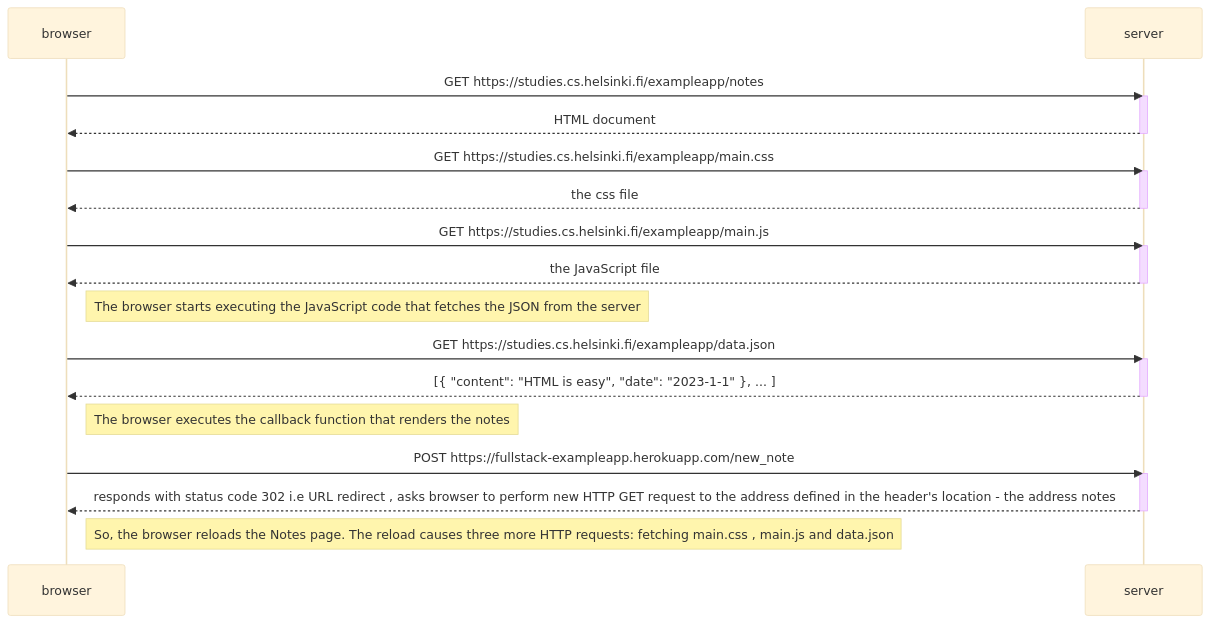
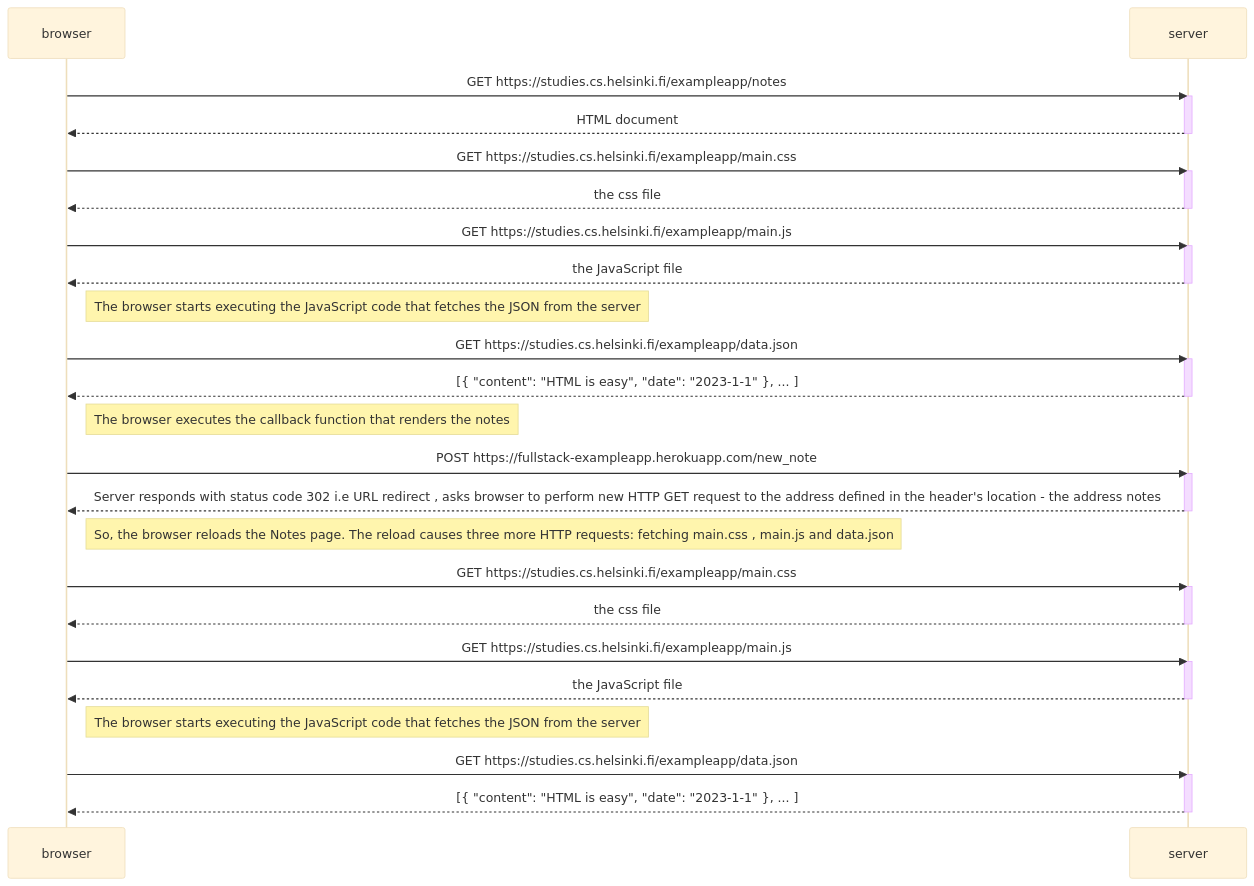
Before and after one commit to rishu2132/Fullstack: the diagram in Part_0/Exercise0.4/README.md, drawn with Mermaid (base theme).

Commit message:
exercise 0.4

````diff
--- a/Part_0/Exercise0.4/README.md
+++ b/Part_0/Exercise0.4/README.md
@@ -1,36 +1,53 @@
 ```mermaid
     sequenceDiagram
     participant browser
     participant server
 
     browser->>server: GET https://studies.cs.helsinki.fi/exampleapp/notes
     activate server
     server-->>browser: HTML document
     deactivate server
 
     browser->>server: GET https://studies.cs.helsinki.fi/exampleapp/main.css
     activate server
     server-->>browser: the css file
     deactivate server
 
     browser->>server: GET https://studies.cs.helsinki.fi/exampleapp/main.js
     activate server
     server-->>browser: the JavaScript file
     deactivate server
 
     Note right of browser: The browser starts executing the JavaScript code that fetches the JSON from the server
 
     browser->>server: GET https://studies.cs.helsinki.fi/exampleapp/data.json
     activate server
     server-->>browser: [{ "content": "HTML is easy", "date": "2023-1-1" }, ... ]
     deactivate server
 
     Note right of browser: The browser executes the callback function that renders the notes
 
     browser->>server: POST https://fullstack-exampleapp.herokuapp.com/new_note
     activate server
-    server-->>browser: responds with status code 302 i.e URL redirect , asks browser to perform new HTTP GET request to the address defined in the header's location - the address notes
+    server-->>browser: Server responds with status code 302 i.e URL redirect , asks browser to perform new HTTP GET request to the address defined in the header's location - the address notes
     deactivate server
 
     Note right of browser: So, the browser reloads the Notes page. The reload causes three more HTTP requests: fetching main.css ,  main.js and data.json
+
+     browser->>server: GET https://studies.cs.helsinki.fi/exampleapp/main.css
+    activate server
+    server-->>browser: the css file
+    deactivate server
+
+    browser->>server: GET https://studies.cs.helsinki.fi/exampleapp/main.js
+    activate server
+    server-->>browser: the JavaScript file
+    deactivate server
+
+    Note right of browser: The browser starts executing the JavaScript code that fetches the JSON from the server
+
+    browser->>server: GET https://studies.cs.helsinki.fi/exampleapp/data.json
+    activate server
+    server-->>browser: [{ "content": "HTML is easy", "date": "2023-1-1" }, ... ]
+    deactivate server
 ```
````
